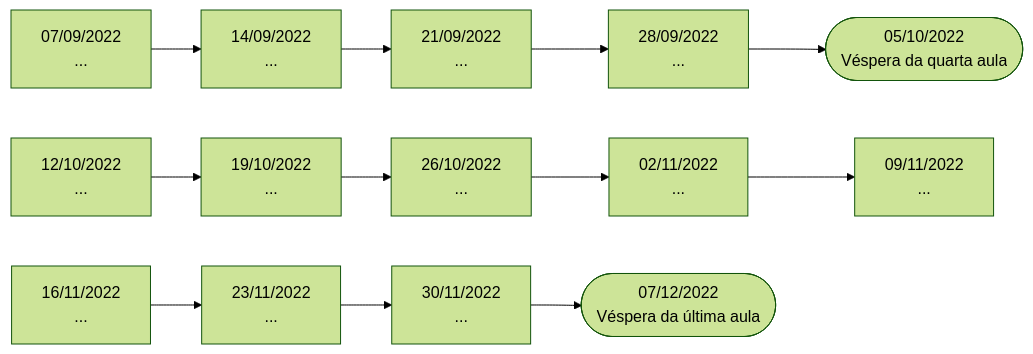
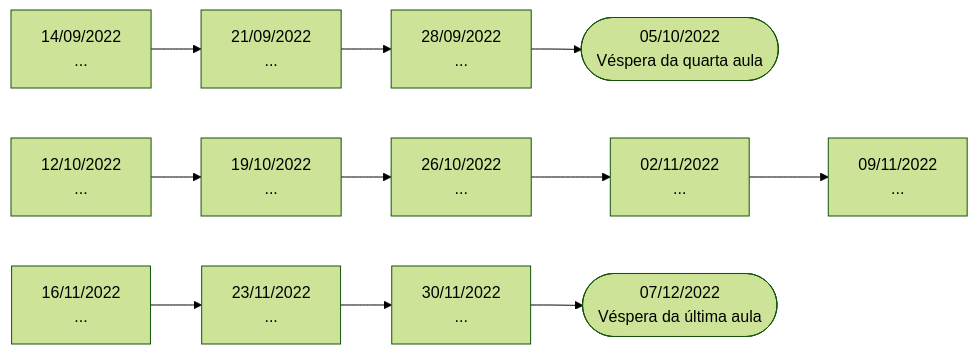
The diagram in StartupOne/timeline.md (GusFiuza/MBA-FIAP), drawn with Mermaid (forest theme) before and after one commit.

Commit message:
Uma semana se passou

````diff
--- a/StartupOne/timeline.md
+++ b/StartupOne/timeline.md
@@ -3,17 +3,16 @@
 ```mermaid
 flowchart LR
-    A[07/09/2022\n...] -->
-    B[14/09/2022\n...] -->
-    C[21/09/2022\n...] -->
-    D[28/09/2022\n...] -->
-    E([05/10/2022\nVéspera da quarta aula])
-    F[12/10/2022\n...] -->
-    G[19/10/2022\n...] -->
-    H[26/10/2022\n...] -->
-    I[02/11/2022\n...] -->
-    J[09/11/2022\n...]
-    K[16/11/2022\n...] -->
-    L[23/11/2022\n...] -->
-    M[30/11/2022\n...] -->
-    N([07/12/2022\nVéspera da última aula])
+    M[14/09/2022\n...] -->
+    L[21/09/2022\n...] -->
+    K[28/09/2022\n...] -->
+    J([05/10/2022\nVéspera da quarta aula])
+    I[12/10/2022\n...] -->
+    H[19/10/2022\n...] -->
+    G[26/10/2022\n...] -->
+    F[02/11/2022\n...] -->
+    E[09/11/2022\n...]
+    D[16/11/2022\n...] -->
+    C[23/11/2022\n...] -->
+    B[30/11/2022\n...] -->
+    A([07/12/2022\nVéspera da última aula])
 ```
````
